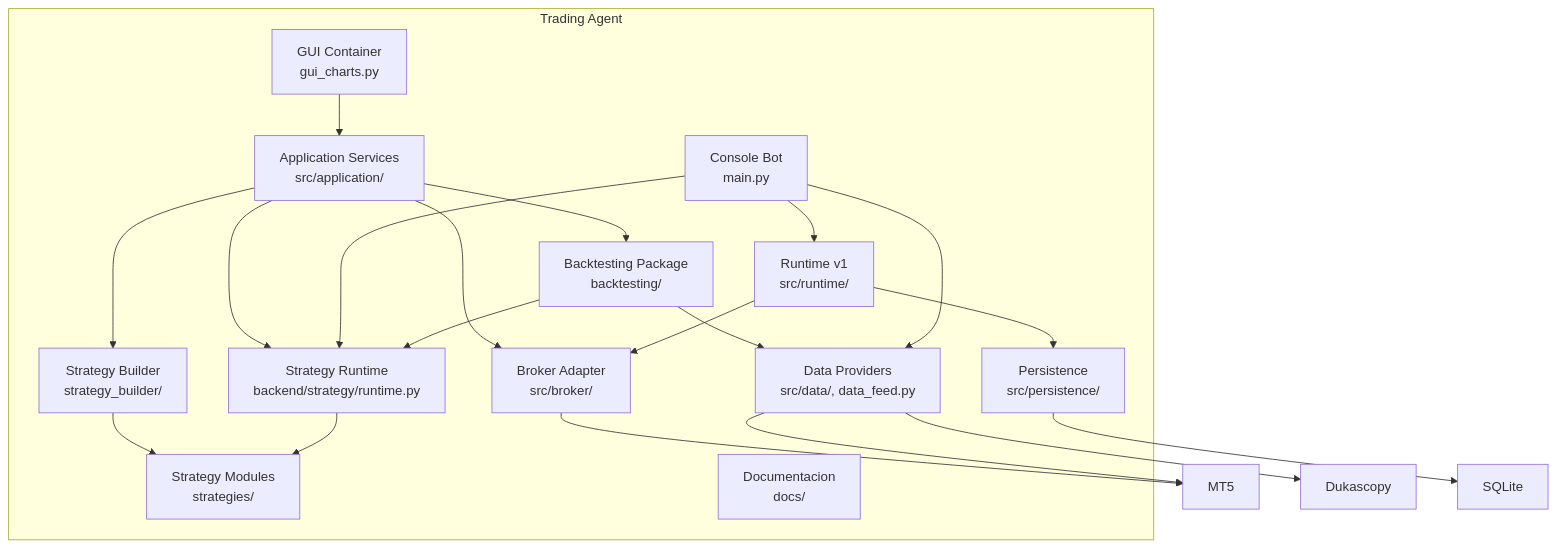
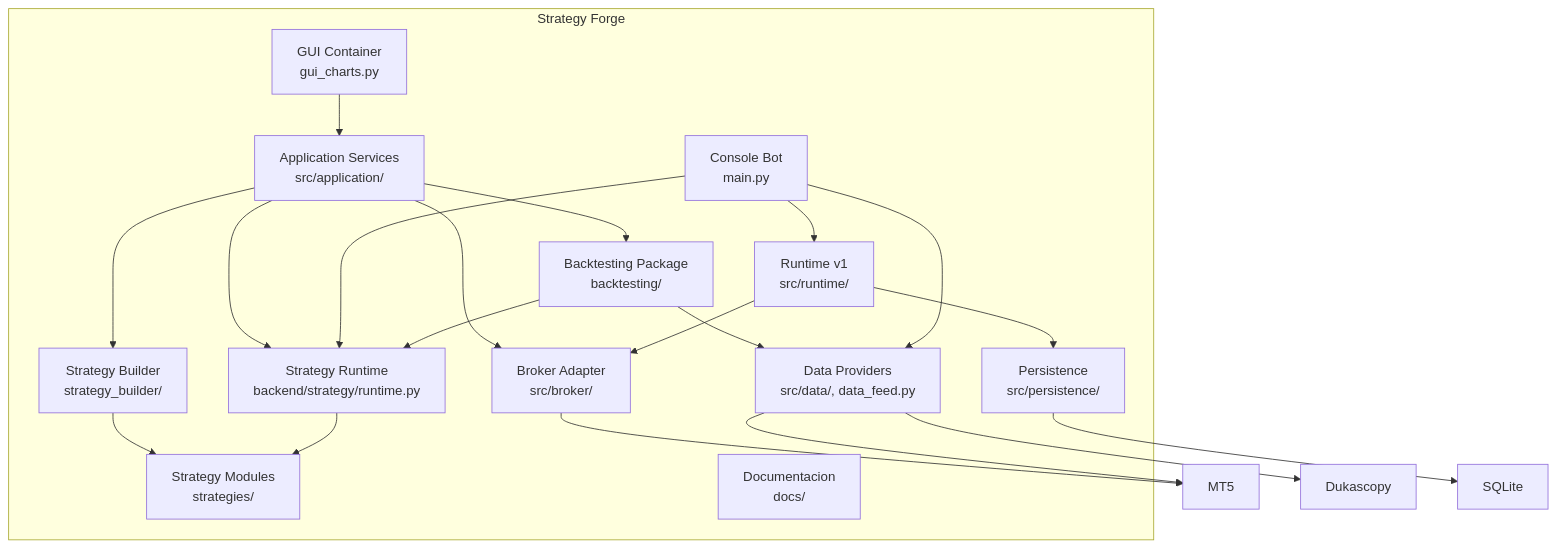
Before and after one commit to aloantony/strategy-forge: the second of 5 diagrams in docs/DocsTradingSystemObsidian/architecture/c4.md, drawn with Mermaid. The commit also changed other lines of this file and 113 other files, not shown here.

First line of the commit message:
chore: renombrar el proyecto a Strategy Forge

````diff
--- a/docs/DocsTradingSystemObsidian/architecture/c4.md
+++ b/docs/DocsTradingSystemObsidian/architecture/c4.md
@@ -40,36 +40,36 @@
 ```mermaid
 flowchart TB
-  subgraph TA["Trading Agent"]
+  subgraph TA["Strategy Forge"]
     GUI["GUI Container\ngui_charts.py"]
     AppServices["Application Services\nsrc/application/"]
     Console["Console Bot\nmain.py"]
     Backtest["Backtesting Package\nbacktesting/"]
     StrategyRuntime["Strategy Runtime\nbackend/strategy/runtime.py"]
     Strategies["Strategy Modules\nstrategies/"]
     Builder["Strategy Builder\nstrategy_builder/"]
     RuntimeV1["Runtime v1\nsrc/runtime/"]
     Broker["Broker Adapter\nsrc/broker/"]
     Data["Data Providers\nsrc/data/, data_feed.py"]
     Persistence["Persistence\nsrc/persistence/"]
     DocsNode["Documentacion\ndocs/"]
   end
 
   GUI --> AppServices
   AppServices --> StrategyRuntime
   AppServices --> Backtest
   AppServices --> Builder
   AppServices --> Broker
   Console --> StrategyRuntime
   Console --> RuntimeV1
   Backtest --> StrategyRuntime
   Backtest --> Data
   Builder --> Strategies
   StrategyRuntime --> Strategies
   RuntimeV1 --> Broker
   RuntimeV1 --> Persistence
   Console --> Data
   Broker --> MT5["MT5"]
   Data --> MT5
   Data --> Dukascopy["Dukascopy"]
   Persistence --> SQLite["SQLite"]
 ```
````
